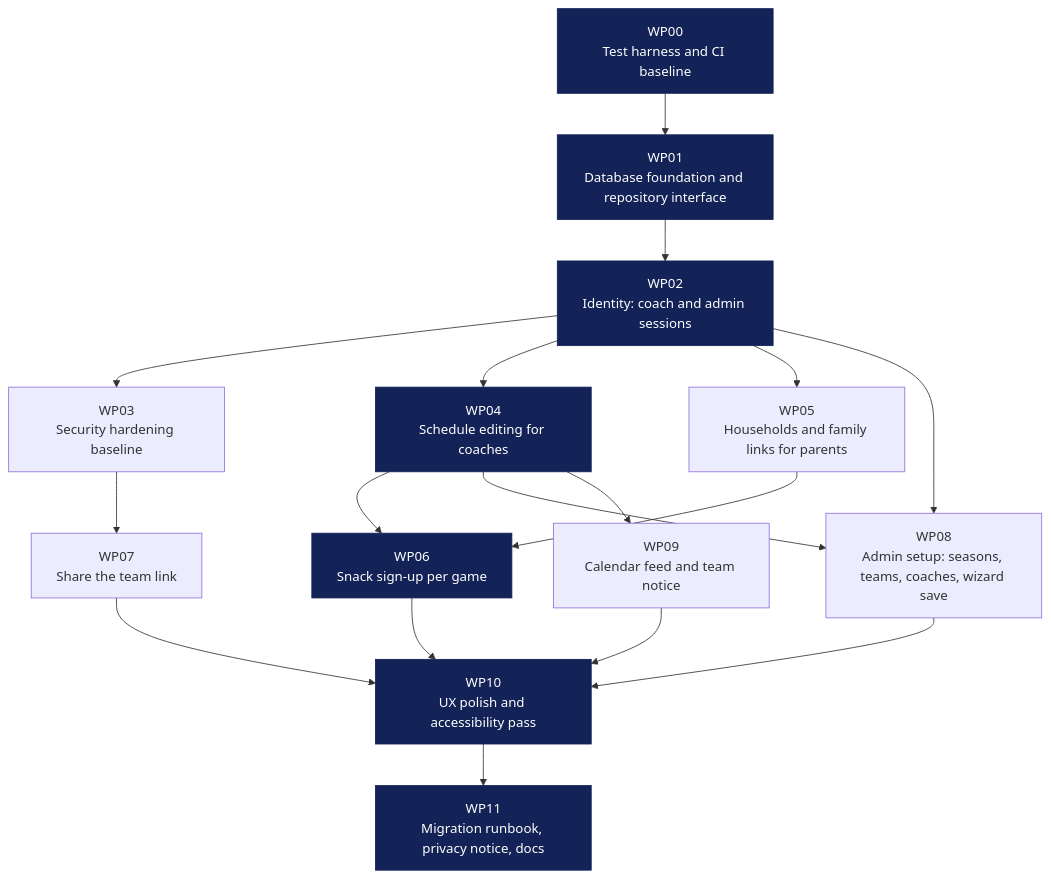
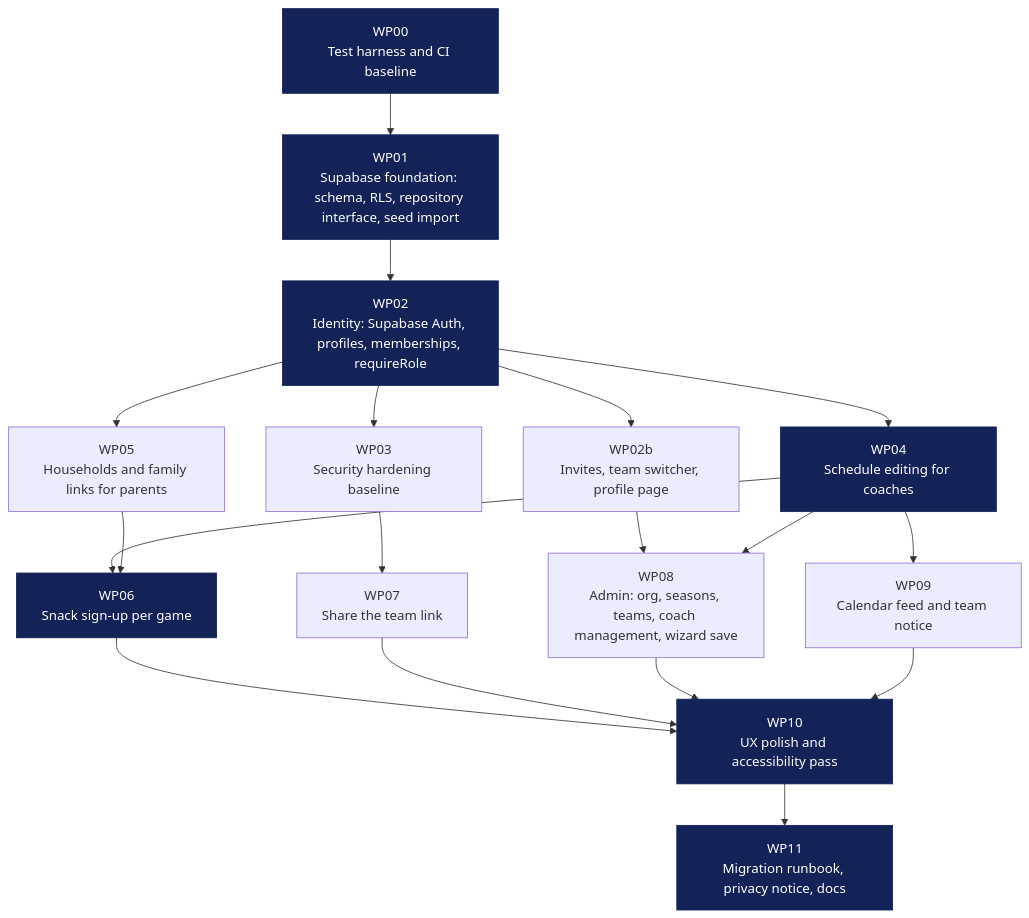
The diagram in docs/swarm/PROMPT.md (alexandercloch-netizen/Soccer), drawn with Mermaid before and after one commit. The commit also changed other lines of this file and 4 other files, not shown here.

First line of the commit message:
Move the swarm plan to Supabase with per-person profiles and memberships

````diff
--- a/docs/swarm/PROMPT.md
+++ b/docs/swarm/PROMPT.md
@@ -29,33 +29,35 @@
 ```mermaid
 graph TD
   WP00["WP00<br/>Test harness and CI baseline"]
-  WP01["WP01<br/>Database foundation and repository interface"]
-  WP02["WP02<br/>Identity: coach and admin sessions"]
+  WP01["WP01<br/>Supabase foundation: schema, RLS, repository interface, seed import"]
+  WP02["WP02<br/>Identity: Supabase Auth, profiles, memberships, requireRole"]
+  WP02b["WP02b<br/>Invites, team switcher, profile page"]
   WP03["WP03<br/>Security hardening baseline"]
   WP04["WP04<br/>Schedule editing for coaches"]
   WP05["WP05<br/>Households and family links for parents"]
   WP06["WP06<br/>Snack sign-up per game"]
   WP07["WP07<br/>Share the team link"]
-  WP08["WP08<br/>Admin setup: seasons, teams, coaches, wizard save"]
+  WP08["WP08<br/>Admin: org, seasons, teams, coach management, wizard save"]
   WP09["WP09<br/>Calendar feed and team notice"]
   WP10["WP10<br/>UX polish and accessibility pass"]
   WP11["WP11<br/>Migration runbook, privacy notice, docs"]
   WP00 --> WP01
   WP01 --> WP02
+  WP02 --> WP02b
   WP02 --> WP03
   WP02 --> WP04
   WP02 --> WP05
   WP04 --> WP06
   WP05 --> WP06
   WP03 --> WP07
-  WP02 --> WP08
+  WP02b --> WP08
   WP04 --> WP08
   WP04 --> WP09
   WP06 --> WP10
   WP07 --> WP10
   WP08 --> WP10
   WP09 --> WP10
   WP10 --> WP11
   classDef cp fill:#132257,color:#fff,stroke:#132257;
   class WP00,WP01,WP02,WP04,WP06,WP10,WP11 cp;
 ```
````
